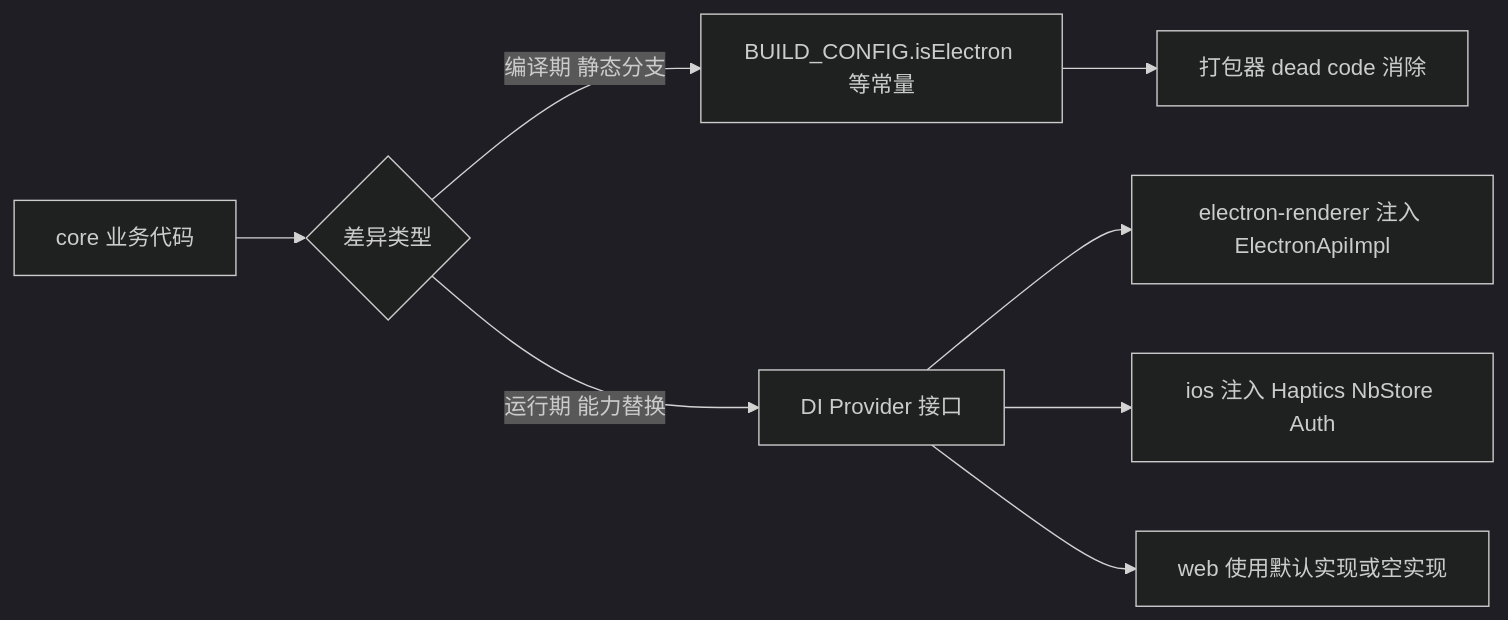
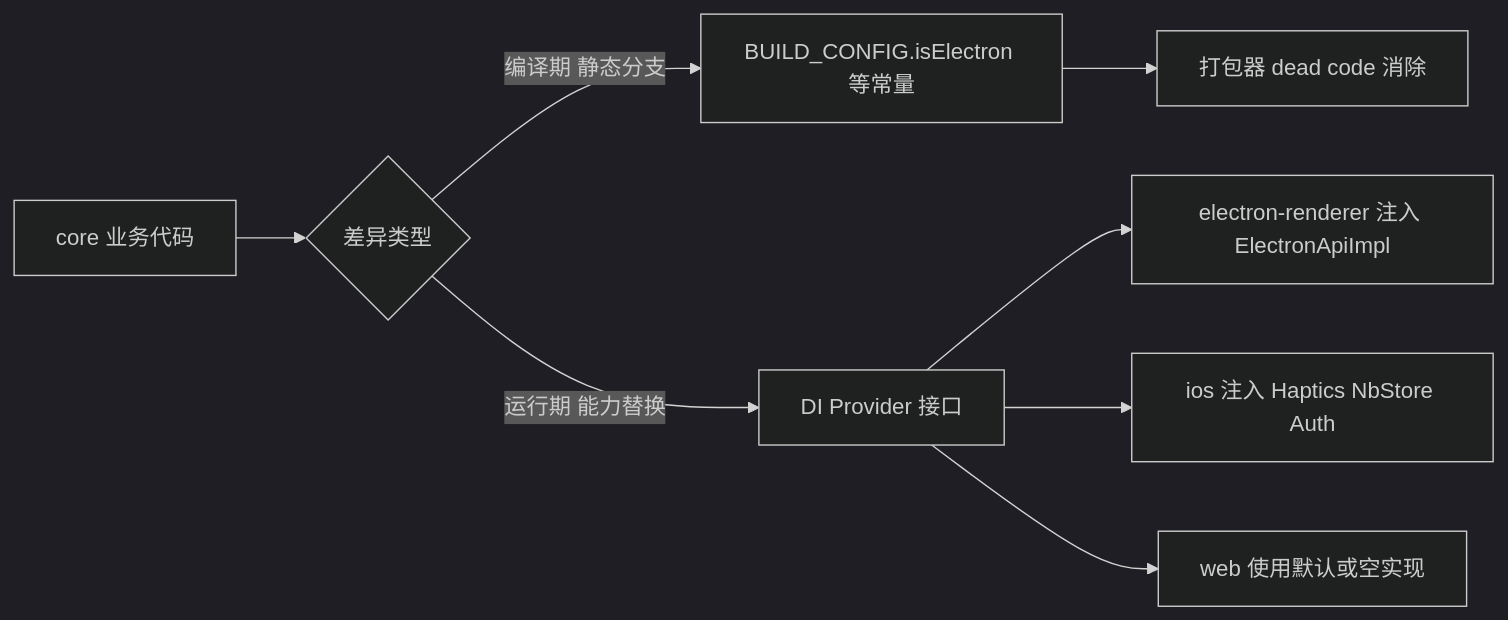
Before and after one commit to lfire/AFFiNE: the first of 6 diagrams in learning-guide/slides/decks/20.md, drawn with Mermaid (dark theme). The commit also changed other lines of this file and 46 other files, not shown here.

````diff
--- a/learning-guide/slides/decks/20.md
+++ b/learning-guide/slides/decks/20.md
@@ -91,10 +33,10 @@
 ```mermaid
 flowchart LR
-  A[core 业务代码] --> B{差异类型}
-  B -->|编译期 静态分支| C["BUILD_CONFIG.isElectron 等常量"]
-  C --> C1[打包器 dead code 消除]
-  B -->|运行期 能力替换| D[DI Provider 接口]
-  D --> D1[electron-renderer 注入 ElectronApiImpl]
-  D --> D2[ios 注入 Haptics NbStore Auth]
-  D --> D3[web 使用默认实现或空实现]
+  A["core 业务代码"] --> B{"差异类型"}
+  B -->|"编译期 静态分支"| C["BUILD_CONFIG.isElectron 等常量"]
+  C --> C1["打包器 dead code 消除"]
+  B -->|"运行期 能力替换"| D["DI Provider 接口"]
+  D --> D1["electron-renderer 注入 ElectronApiImpl"]
+  D --> D2["ios 注入 Haptics NbStore Auth"]
+  D --> D3["web 使用默认或空实现"]
 ```
````
